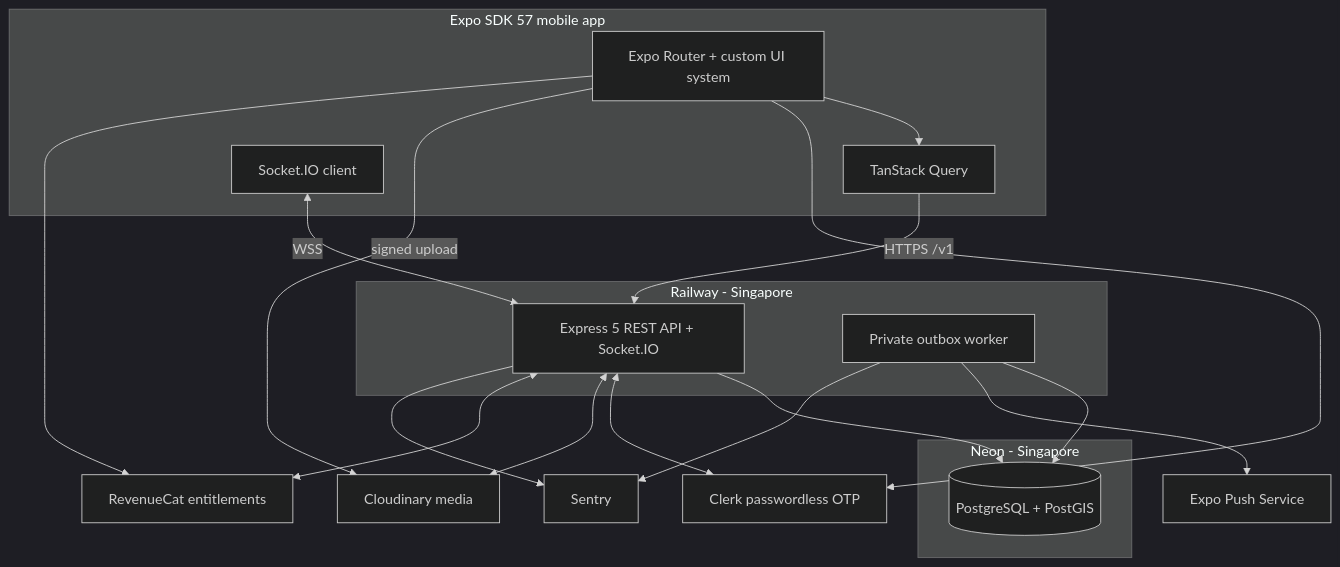
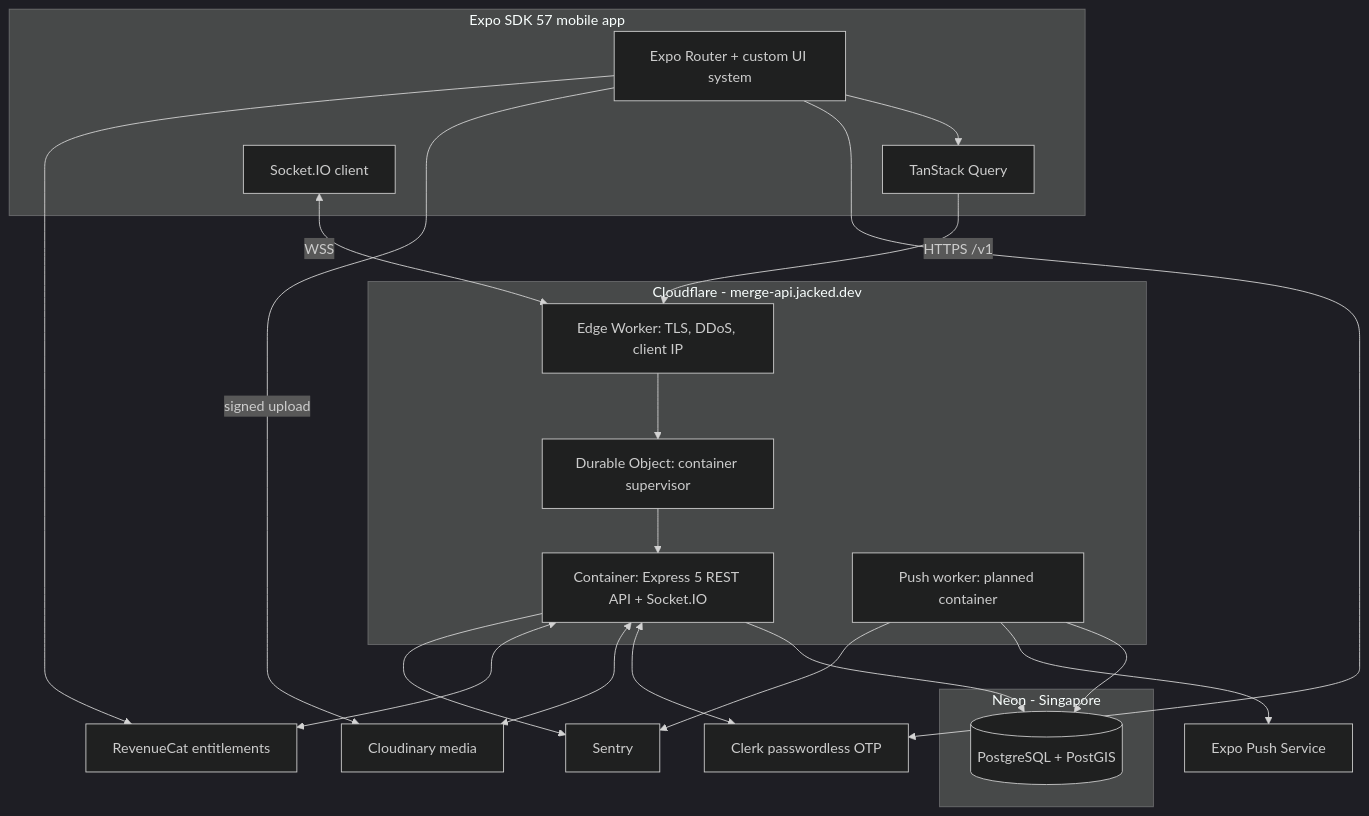
One commit to jackedengineer/pro-date changed the second of 2 diagrams in README.md. Above: the diagram before and after it, drawn with Mermaid (dark theme). The commit also changed other lines of this file and 22 other files, not shown here.

First line of the commit message:
feat(deploy): run the API on Cloudflare Containers behind an edge Worker

````diff
--- a/README.md
+++ b/README.md
@@ -123,38 +123,41 @@
 ```mermaid
 flowchart TB
     subgraph Client[Expo SDK 57 mobile app]
         UI[Expo Router + custom UI system]
         Q[TanStack Query]
         RT[Socket.IO client]
     end
 
-    subgraph Railway[Railway - Singapore]
-        API[Express 5 REST API + Socket.IO]
-        WORKER[Private outbox worker]
+    subgraph Cloudflare[Cloudflare - merge-api.jacked.dev]
+        EDGE[Edge Worker: TLS, DDoS, client IP]
+        DO[Durable Object: container supervisor]
+        API[Container: Express 5 REST API + Socket.IO]
+        WORKER[Push worker: planned container]
+        EDGE --> DO --> API
     end
 
     subgraph Data[Neon - Singapore]
         PG[(PostgreSQL + PostGIS)]
     end
 
     CLERK[Clerk passwordless OTP]
     MEDIA[Cloudinary media]
     RC[RevenueCat entitlements]
     PUSH[Expo Push Service]
     SENTRY[Sentry]
 
-    UI --> Q -->|HTTPS /v1| API
-    RT <-->|WSS| API
+    UI --> Q -->|HTTPS /v1| EDGE
+    RT <-->|WSS| EDGE
     UI --> CLERK
     UI -->|signed upload| MEDIA
     UI --> RC
 
     API --> PG
     WORKER --> PG
     API <--> CLERK
     API <--> MEDIA
     API <--> RC
     WORKER --> PUSH
     API --> SENTRY
     WORKER --> SENTRY
 ```
````
